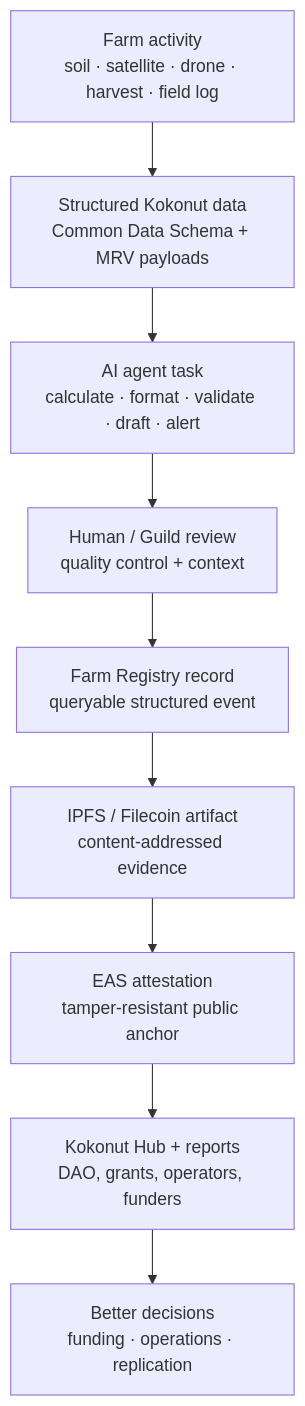
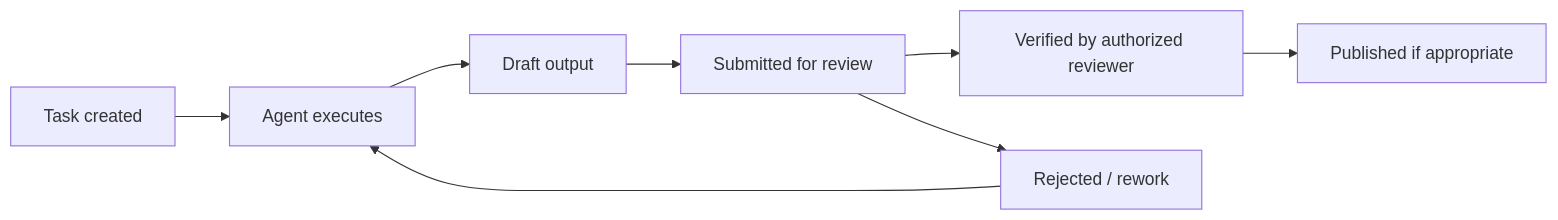
Before and after one commit to wasalo/Kokonut-Public-Site: the second of 5 diagrams in kokonut-x-ai-agents.mdx, drawn with Mermaid. The commit also changed other lines of this file, not shown here.

````diff
--- a/kokonut-x-ai-agents.mdx
+++ b/kokonut-x-ai-agents.mdx
@@ -63,11 +156,11 @@
 ```mermaid
-flowchart TD
-    A["Farm activity\nsoil · satellite · drone · harvest · field log"] --> B["Structured Kokonut data\nCommon Data Schema + MRV payloads"]
-    B --> C["AI agent task\ncalculate · format · validate · draft · alert"]
-    C --> D["Human / Guild review\nquality control + context"]
-    D --> E["Farm Registry record\nqueryable structured event"]
-    E --> F["IPFS / Filecoin artifact\ncontent-addressed evidence"]
-    F --> G["EAS attestation\ntamper-resistant public anchor"]
-    G --> H["Kokonut Hub + reports\nDAO, grants, operators, funders"]
-    H --> I["Better decisions\nfunding · operations · replication"]
+flowchart LR
+    A["Task created"] --> B["Agent executes"]
+    B --> C["Draft output"]
+    C --> D["Submitted for review"]
+    D --> E["Verified by authorized reviewer"]
+    E --> F["Published if appropriate"]
+
+    D --> G["Rejected / rework"]
+    G --> B
 ```
````
